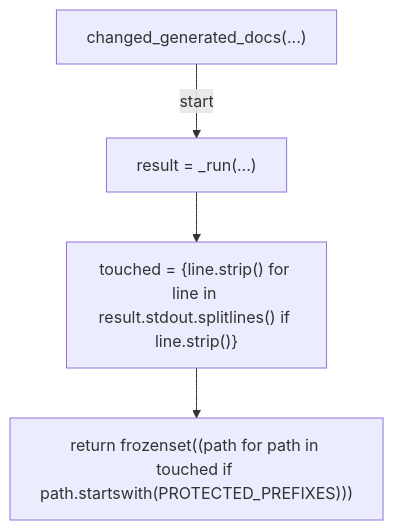
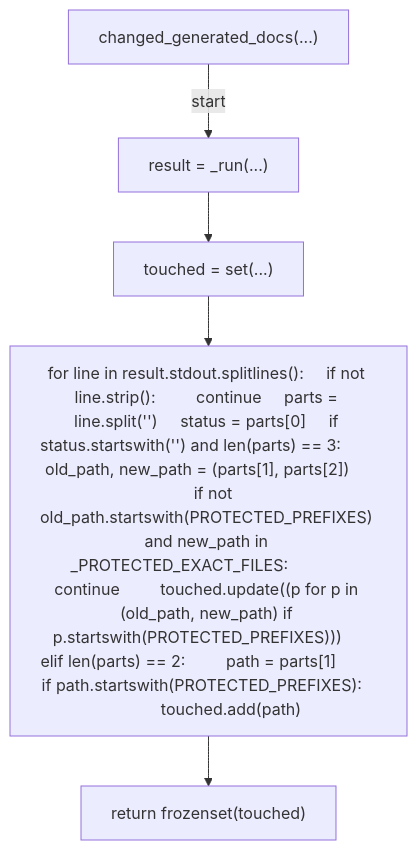
Before and after one commit to tvna/claude-md: the third of 8 diagrams in docs/generated/scripts/ast/gate_generated_scripts_manual_edit.md, drawn with Mermaid. The commit also changed 7 other files, not shown here.

First line of the commit message:
docs(generated): regenerate decision tree and workflow diagrams

````diff
--- a/docs/generated/scripts/ast/gate_generated_scripts_manual_edit.md
+++ b/docs/generated/scripts/ast/gate_generated_scripts_manual_edit.md
@@ -55,10 +55,12 @@
 ```mermaid
 flowchart TD
     N001["changed_generated_docs(...)"]
     N002["result = _run(...)"]
-    N003["touched = {line.strip() for line in result.stdout.splitlines() if line.strip()}"]
-    N004["return frozenset((path for path in touched if path.startswith(PROTECTED_PREFIXES)))"]
+    N003["touched = set(...)"]
+    N004["for line in result.stdout.splitlines():     if not line.strip():         continue     parts = line.split('<str>')     status = parts[0]     if status.startswith('<str>') and len(parts) == 3:         old_path, new_path = (parts[1], parts[2])         if not old_path.startswith(PROTECTED_PREFIXES) and new_path in _PROTECTED_EXACT_FILES:             continue         touched.update((p for p in (old_path, new_path) if p.startswith(PROTECTED_PREFIXES)))     elif len(parts) == 2:         path = parts[1]         if path.startswith(PROTECTED_PREFIXES):             touched.add(path)"]
+    N005["return frozenset(touched)"]
     N001 -->|"start"| N002
     N002 --> N003
     N003 --> N004
+    N004 --> N005
 ```
````
